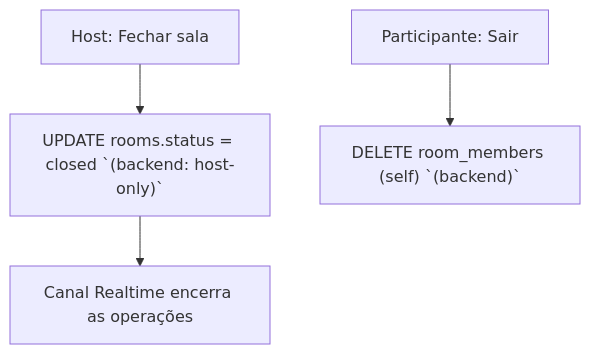
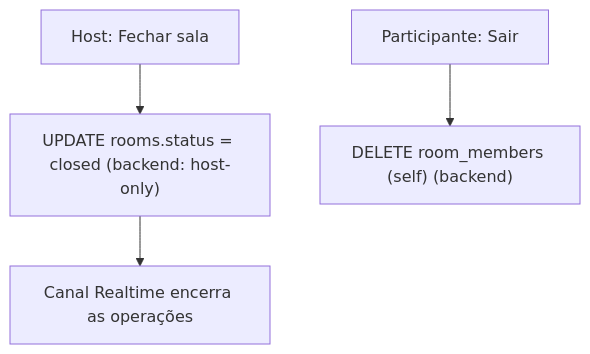
Before and after one commit to cavalcanteprofissional/karaoke-flow: the ninth of 14 diagrams in docs/flows/fluxos-do-sistema.md, drawn with Mermaid. The commit also changed other lines of this file and 37 other files, not shown here.

````diff
--- a/docs/flows/fluxos-do-sistema.md
+++ b/docs/flows/fluxos-do-sistema.md
@@ -128,6 +150,6 @@
 ```mermaid
 flowchart TD
-    A["Host: Fechar sala"] --> B["UPDATE rooms.status = closed `(backend: host-only)`"]
+    A["Host: Fechar sala"] --> B["UPDATE rooms.status = closed (backend: host-only)"]
     B --> C["Canal Realtime encerra as operações"]
-    A2["Participante: Sair"] --> B2["DELETE room_members (self) `(backend)`"]
+    A2["Participante: Sair"] --> B2["DELETE room_members (self) (backend)"]
 ```
````
